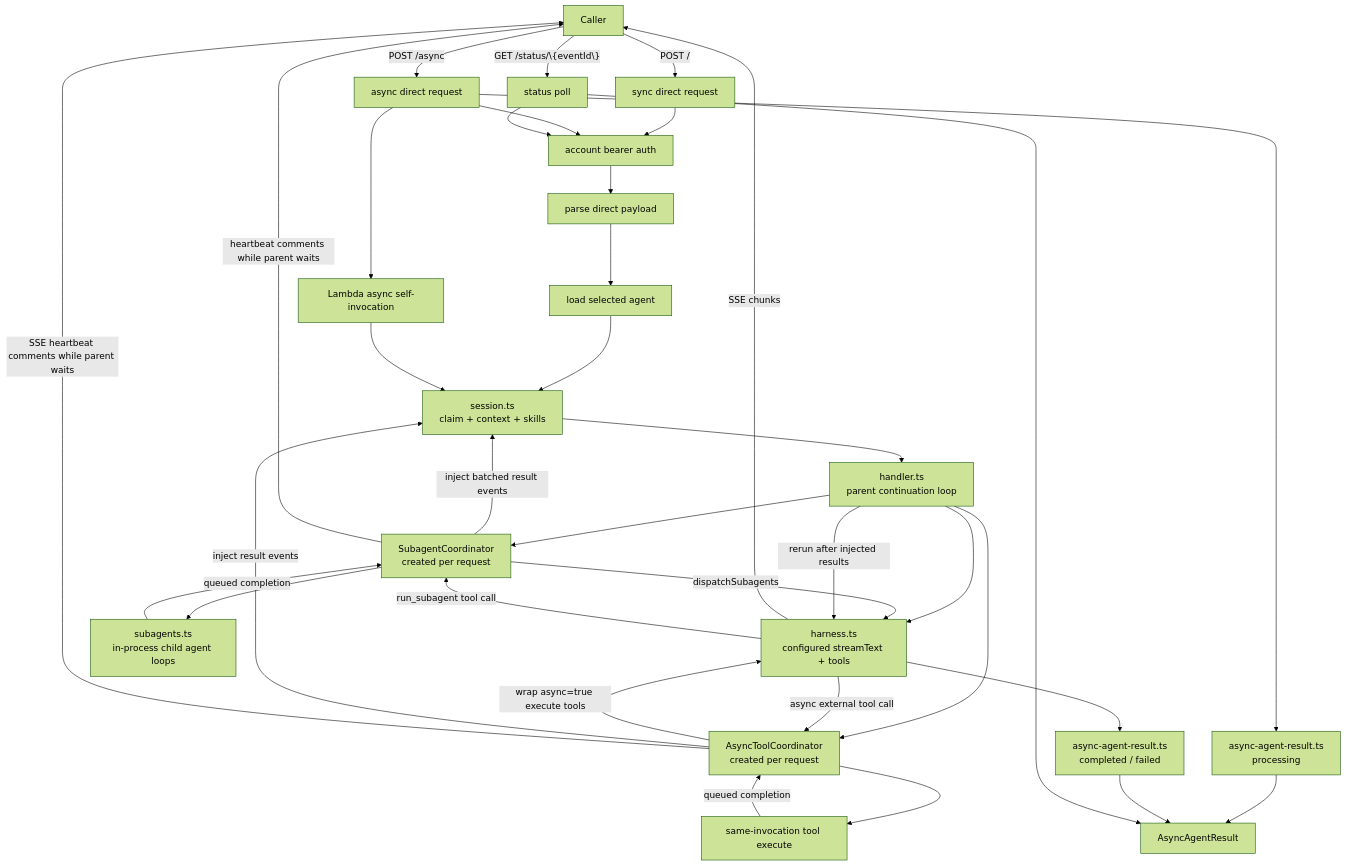
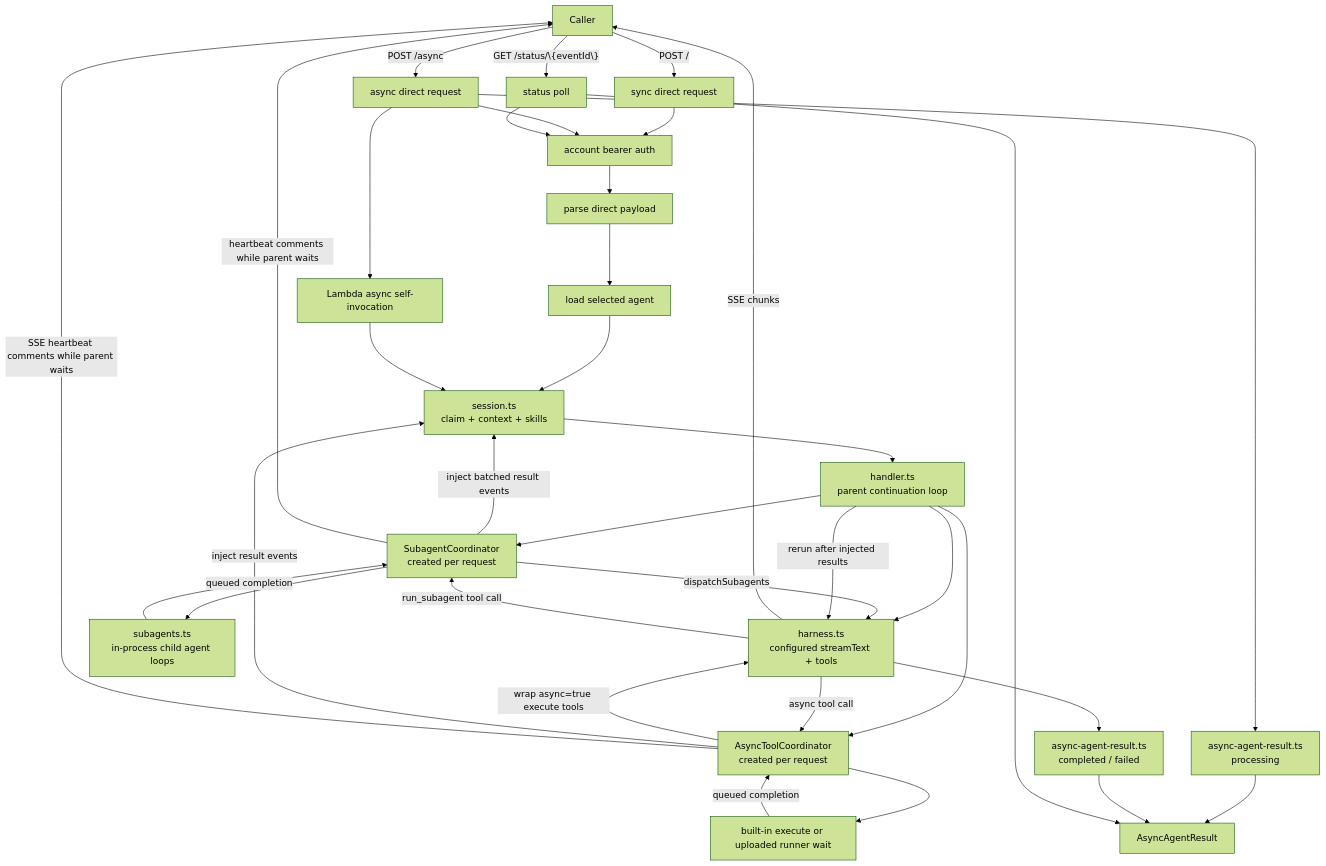
The fifth of 11 diagrams in docs/architecture.md (beeblastco/broods), drawn with Mermaid (forest theme) before and after one commit. The commit also changed other lines of this file and 18 other files, not shown here.

````diff
--- a/docs/architecture.md
+++ b/docs/architecture.md
@@ -132,40 +132,40 @@
 ```mermaid
 flowchart TD
   Caller["Caller"] -->|"POST /"| Sync["sync direct request"]
   Caller -->|"POST /async"| Async["async direct request"]
 
   Sync --> Auth["account bearer auth"]
   Async --> Auth
   Auth --> Parse["parse direct payload"]
   Parse --> AgentLookup["load selected agent"]
   AgentLookup --> Session["session.ts<br/>claim + context + skills"]
   Session --> HandlerLoop["handler.ts<br/>parent continuation loop"]
   HandlerLoop --> Coordinator["SubagentCoordinator<br/>created per request"]
   HandlerLoop --> ToolCoordinator["AsyncToolCoordinator<br/>created per request"]
   HandlerLoop --> Agent["harness.ts<br/>configured streamText + tools"]
   Coordinator -->|"dispatchSubagents"| Agent
   ToolCoordinator -->|"wrap async=true execute tools"| Agent
   Agent -->|"SSE chunks"| Caller
   Agent -->|"run_subagent tool call"| Coordinator
-  Agent -->|"async external tool call"| ToolCoordinator
+  Agent -->|"async tool call"| ToolCoordinator
   Coordinator --> ChildRuns["subagents.ts<br/>in-process child agent loops"]
-  ToolCoordinator --> ToolRuns["same-invocation tool execute"]
+  ToolCoordinator --> ToolRuns["built-in execute or uploaded runner wait"]
   ChildRuns -->|"queued completion"| Coordinator
   ToolRuns -->|"queued completion"| ToolCoordinator
   Coordinator -->|"inject batched result events"| Session
   ToolCoordinator -->|"inject result events"| Session
   Coordinator -->|"heartbeat comments while parent waits"| Caller
   ToolCoordinator -->|"SSE heartbeat comments while parent waits"| Caller
   HandlerLoop -->|"rerun after injected results"| Agent
 
   Async --> Pending["async-agent-result.ts<br/>processing"]
   Pending --> AsyncTable["AsyncAgentResult"]
   Async --> SelfInvoke["Lambda async self-invocation"]
   SelfInvoke --> Session
   Agent --> Complete["async-agent-result.ts<br/>completed / failed"]
   Complete --> AsyncTable
 
   Caller -->|"GET /status/\{eventId\}"| Status["status poll"]
   Status --> Auth
   Status --> AsyncTable
 ```
````
